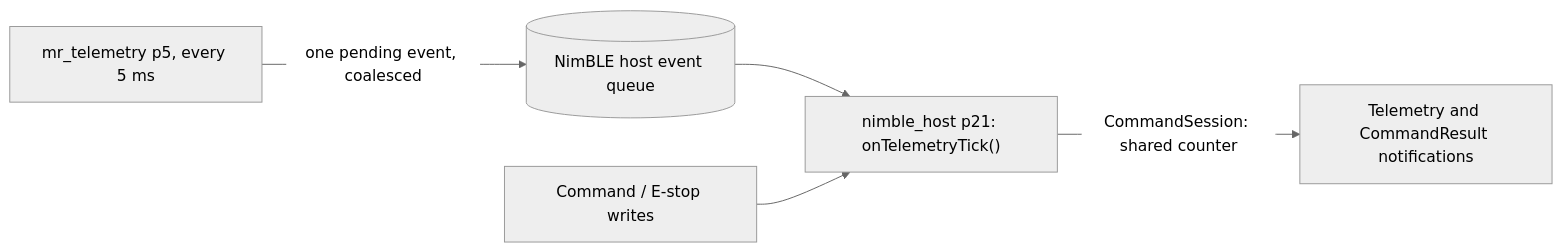
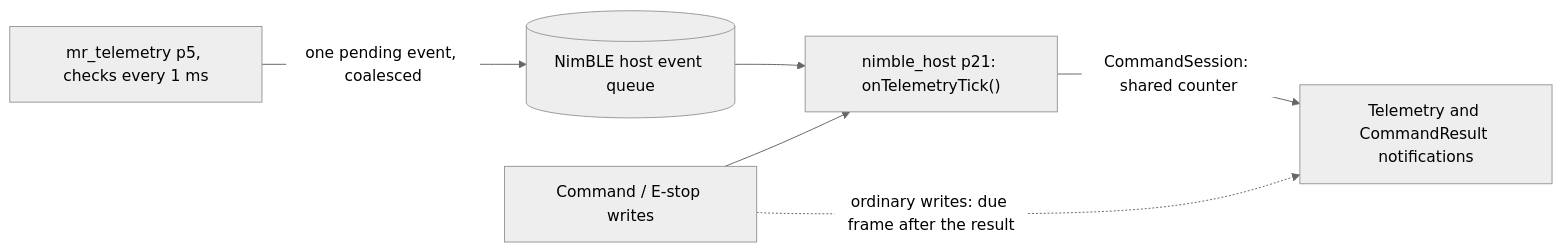
Before and after one commit to Krzys2002/Mini_Robot: the diagram in Mini_Robot/docs/overview/firmware-telemetry.md, drawn with Mermaid (neutral theme). The commit also changed other lines of this file and 7 other files, not shown here.

````diff
--- a/Mini_Robot/docs/overview/firmware-telemetry.md
+++ b/Mini_Robot/docs/overview/firmware-telemetry.md
@@ -49,7 +49,8 @@
 ```mermaid
 flowchart LR
-    T["mr_telemetry p5, every 5 ms"] -->|one pending event, coalesced| Q[(NimBLE host event queue)]
+    T["mr_telemetry p5, checks every 1 ms"] -->|one pending event, coalesced| Q[(NimBLE host event queue)]
     Q --> H["nimble_host p21: onTelemetryTick()"]
     W[Command / E-stop writes] --> H
+    W -.->|ordinary writes: due frame after the result| N
     H -->|CommandSession: shared counter| N[Telemetry and CommandResult notifications]
 ```
````
